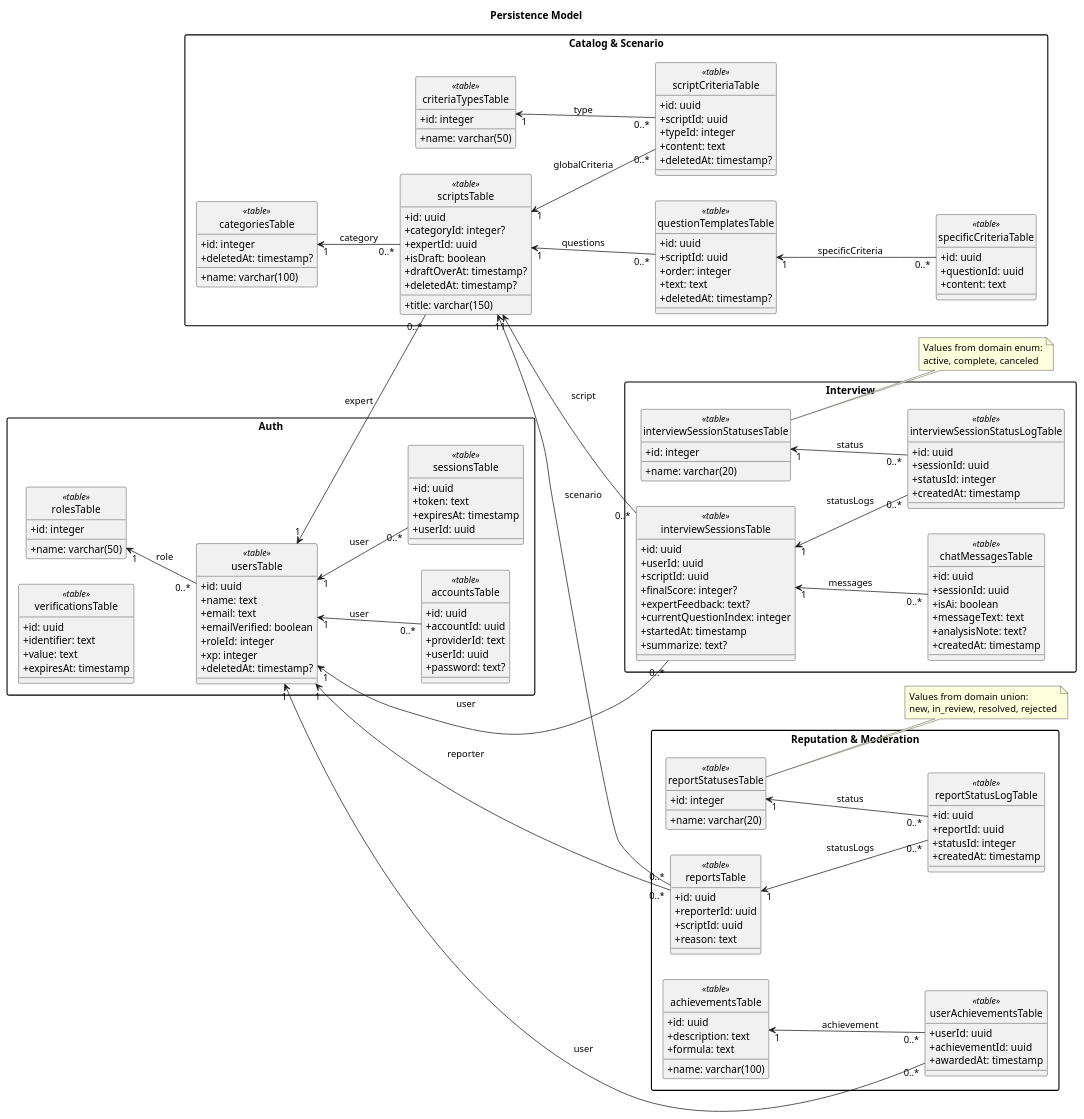
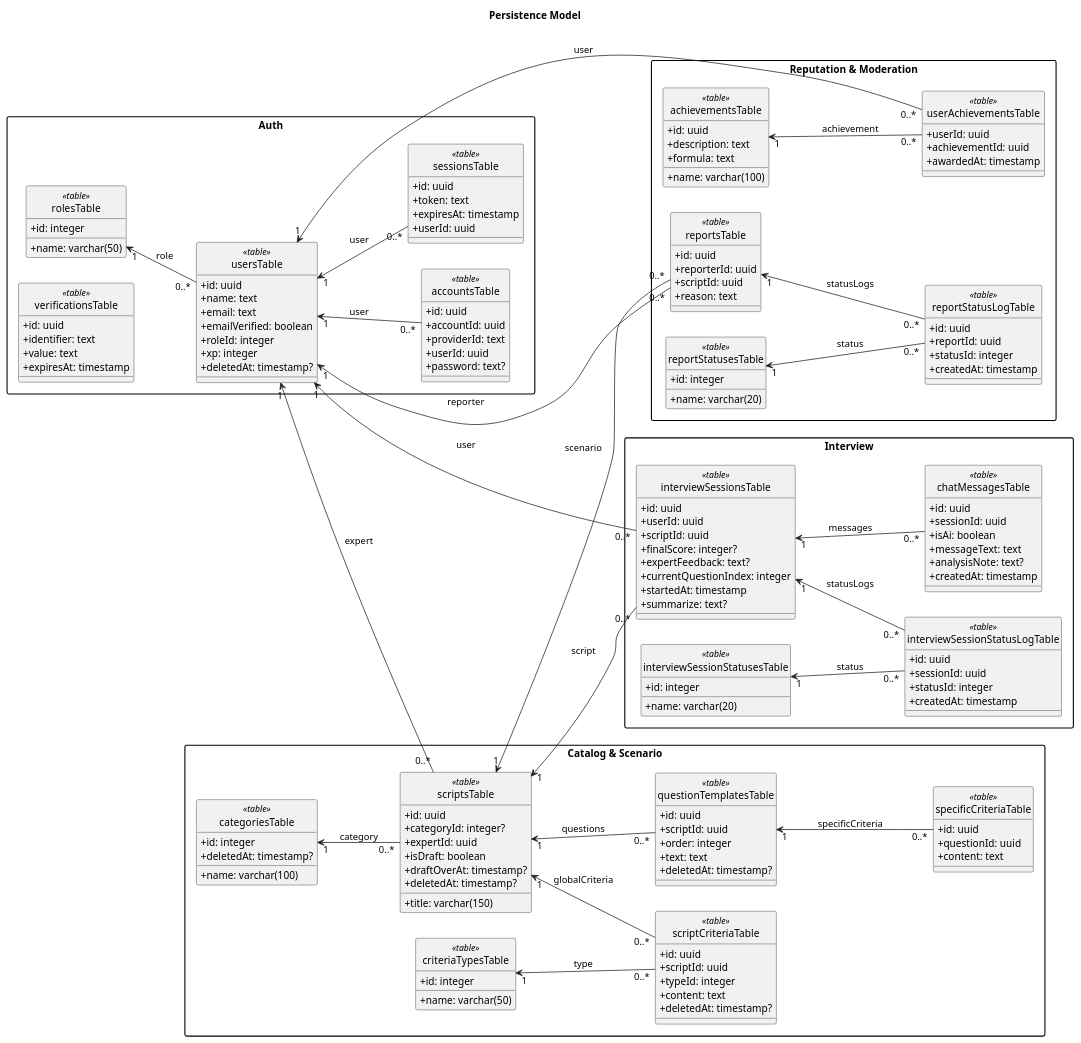
Before and after one commit to nifle3/diplom_work: the diagram in docs/classDIagram/01_persistence_model.puml, drawn with PlantUML. The commit also changed 6 other files, not shown here.

Commit message:
update class diagramm

```diff
--- a/docs/classDIagram/01_persistence_model.puml
+++ b/docs/classDIagram/01_persistence_model.puml
@@ -1,195 +1,185 @@
 @startuml
 left to right direction
 skinparam classAttributeIconSize 0
 skinparam packageStyle rectangle
 hide circle
 
 title Persistence Model
 
 package "Auth" {
   class rolesTable <<table>> {
     +id: integer
     +name: varchar(50)
   }
 
   class usersTable <<table>> {
     +id: uuid
     +name: text
     +email: text
     +emailVerified: boolean
     +roleId: integer
     +xp: integer
     +deletedAt: timestamp?
   }
 
   class accountsTable <<table>> {
     +id: uuid
     +accountId: uuid
     +providerId: text
     +userId: uuid
     +password: text?
   }
 
   class sessionsTable <<table>> {
     +id: uuid
     +token: text
     +expiresAt: timestamp
     +userId: uuid
   }
 
   class verificationsTable <<table>> {
     +id: uuid
     +identifier: text
     +value: text
     +expiresAt: timestamp
   }
 }
 
 package "Catalog & Scenario" {
   class categoriesTable <<table>> {
     +id: integer
     +name: varchar(100)
     +deletedAt: timestamp?
   }
 
   class scriptsTable <<table>> {
     +id: uuid
     +categoryId: integer?
     +expertId: uuid
     +title: varchar(150)
     +isDraft: boolean
     +draftOverAt: timestamp?
     +deletedAt: timestamp?
   }
 
   class criteriaTypesTable <<table>> {
     +id: integer
     +name: varchar(50)
   }
 
   class scriptCriteriaTable <<table>> {
     +id: uuid
     +scriptId: uuid
     +typeId: integer
     +content: text
     +deletedAt: timestamp?
   }
 
   class questionTemplatesTable <<table>> {
     +id: uuid
     +scriptId: uuid
     +order: integer
     +text: text
     +deletedAt: timestamp?
   }
 
   class specificCriteriaTable <<table>> {
     +id: uuid
     +questionId: uuid
     +content: text
   }
 }
 
 package "Interview" {
   class interviewSessionsTable <<table>> {
     +id: uuid
     +userId: uuid
     +scriptId: uuid
     +finalScore: integer?
     +expertFeedback: text?
     +currentQuestionIndex: integer
     +startedAt: timestamp
     +summarize: text?
   }
 
   class interviewSessionStatusesTable <<table>> {
     +id: integer
     +name: varchar(20)
   }
 
   class interviewSessionStatusLogTable <<table>> {
     +id: uuid
     +sessionId: uuid
     +statusId: integer
     +createdAt: timestamp
   }
 
   class chatMessagesTable <<table>> {
     +id: uuid
     +sessionId: uuid
     +isAi: boolean
     +messageText: text
     +analysisNote: text?
     +createdAt: timestamp
   }
 }
 
 package "Reputation & Moderation" {
   class achievementsTable <<table>> {
     +id: uuid
     +name: varchar(100)
     +description: text
     +formula: text
   }
 
   class userAchievementsTable <<table>> {
     +userId: uuid
     +achievementId: uuid
     +awardedAt: timestamp
   }
 
   class reportsTable <<table>> {
     +id: uuid
     +reporterId: uuid
     +scriptId: uuid
     +reason: text
   }
 
   class reportStatusesTable <<table>> {
     +id: integer
     +name: varchar(20)
   }
 
   class reportStatusLogTable <<table>> {
     +id: uuid
     +reportId: uuid
     +statusId: integer
     +createdAt: timestamp
   }
 }
 
 rolesTable "1" <-- "0..*" usersTable : role
 usersTable "1" <-- "0..*" accountsTable : user
 usersTable "1" <-- "0..*" sessionsTable : user
 
 categoriesTable "1" <-- "0..*" scriptsTable : category
 usersTable "1" <-- "0..*" scriptsTable : expert
 scriptsTable "1" <-- "0..*" scriptCriteriaTable : globalCriteria
 criteriaTypesTable "1" <-- "0..*" scriptCriteriaTable : type
 scriptsTable "1" <-- "0..*" questionTemplatesTable : questions
 questionTemplatesTable "1" <-- "0..*" specificCriteriaTable : specificCriteria
 
 usersTable "1" <-- "0..*" interviewSessionsTable : user
 scriptsTable "1" <-- "0..*" interviewSessionsTable : script
 interviewSessionsTable "1" <-- "0..*" chatMessagesTable : messages
 interviewSessionsTable "1" <-- "0..*" interviewSessionStatusLogTable : statusLogs
 interviewSessionStatusesTable "1" <-- "0..*" interviewSessionStatusLogTable : status
 
 usersTable "1" <-- "0..*" userAchievementsTable : user
 achievementsTable "1" <-- "0..*" userAchievementsTable : achievement
 usersTable "1" <-- "0..*" reportsTable : reporter
 scriptsTable "1" <-- "0..*" reportsTable : scenario
 reportsTable "1" <-- "0..*" reportStatusLogTable : statusLogs
 reportStatusesTable "1" <-- "0..*" reportStatusLogTable : status
 
-note right of interviewSessionStatusesTable
-  Values from domain enum:
-  active, complete, canceled
-end note
-
-note right of reportStatusesTable
-  Values from domain union:
-  new, in_review, resolved, rejected
-end note
-
 @enduml
```
